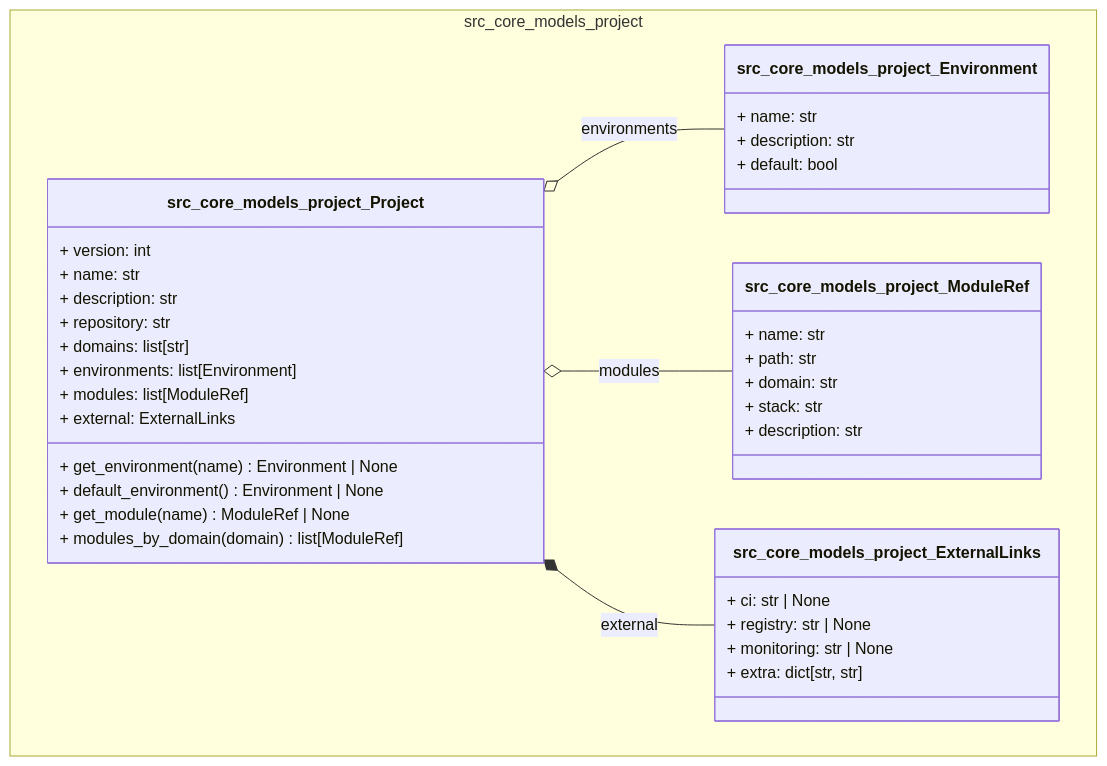
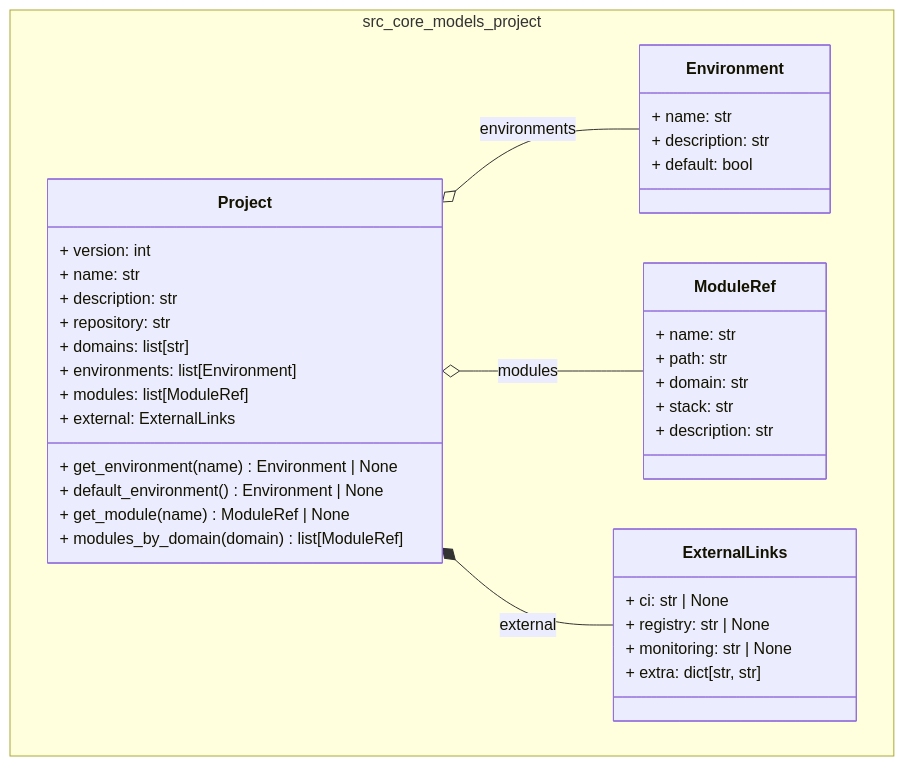
Before and after one commit to cyberpunk042/devops-control-plane: diagram 12 of 35 in docs/diagrams/class_architecture.md, drawn with Mermaid. The commit also changed other lines of this file and 3 other files, not shown here.

````diff
--- a/docs/diagrams/class_architecture.md
+++ b/docs/diagrams/class_architecture.md
@@ -579,43 +579,43 @@
 ```mermaid
 classDiagram
     direction TD
 
     namespace src_core_models_project {
-        class src_core_models_project_Environment {
+        class Environment {
             + name: str
             + description: str
             + default: bool
         }
-        class src_core_models_project_ExternalLinks {
+        class ExternalLinks {
             + ci: str | None
             + registry: str | None
             + monitoring: str | None
             + extra: dict[str, str]
         }
-        class src_core_models_project_ModuleRef {
+        class ModuleRef {
             + name: str
             + path: str
             + domain: str
             + stack: str
             + description: str
         }
-        class src_core_models_project_Project {
+        class Project {
             + version: int
             + name: str
             + description: str
             + repository: str
             + domains: list[str]
             + environments: list[Environment]
             + modules: list[ModuleRef]
             + external: ExternalLinks
             + get_environment(name) Environment | None
             + default_environment() Environment | None
             + get_module(name) ModuleRef | None
             + modules_by_domain(domain) list[ModuleRef]
         }
     }
 
-    src_core_models_project_Project o-- src_core_models_project_Environment : environments
-    src_core_models_project_Project o-- src_core_models_project_ModuleRef : modules
-    src_core_models_project_Project *-- src_core_models_project_ExternalLinks : external
+    Project o-- Environment : environments
+    Project o-- ModuleRef : modules
+    Project *-- ExternalLinks : external
 ```
````
